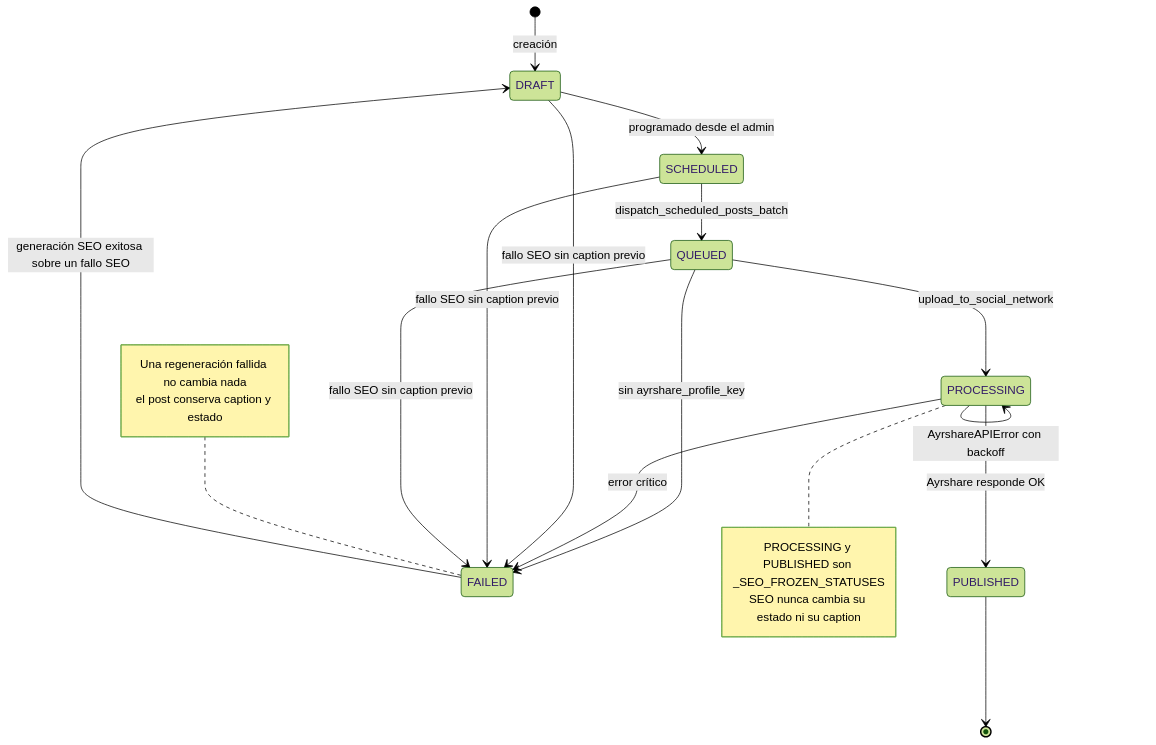
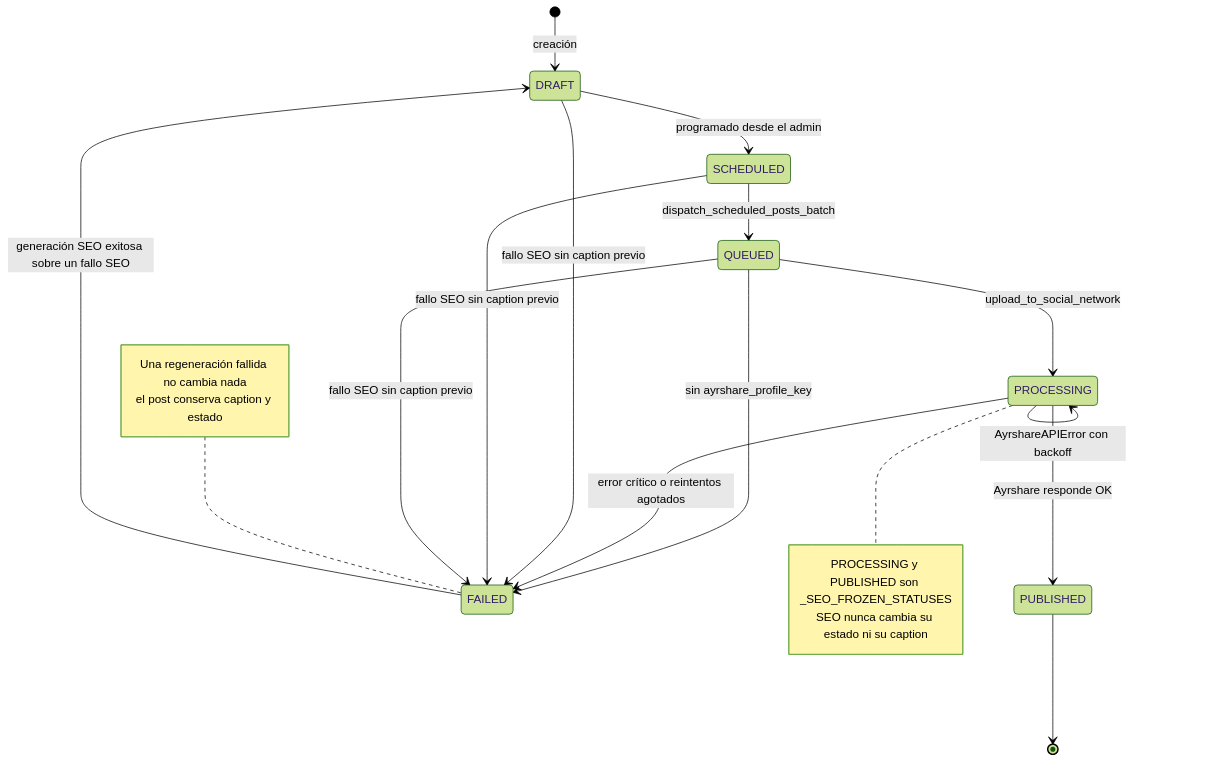
The first of 3 diagrams in documents/ia/05-seo-y-publicacion.md (RomeKai/videoeditUTN), drawn with Mermaid (forest theme) before and after one commit. The commit also changed other lines of this file and 12 other files, not shown here.

````diff
--- a/documents/ia/05-seo-y-publicacion.md
+++ b/documents/ia/05-seo-y-publicacion.md
@@ -23,24 +23,24 @@
 ```mermaid
 stateDiagram-v2
     [*] --> DRAFT : creación
     DRAFT --> SCHEDULED : programado desde el admin
     SCHEDULED --> QUEUED : dispatch_scheduled_posts_batch
     QUEUED --> PROCESSING : upload_to_social_network
     QUEUED --> FAILED : sin ayrshare_profile_key
     PROCESSING --> PROCESSING : AyrshareAPIError con backoff
     PROCESSING --> PUBLISHED : Ayrshare responde OK
-    PROCESSING --> FAILED : error crítico
+    PROCESSING --> FAILED : error crítico o reintentos agotados
     DRAFT --> FAILED : fallo SEO sin caption previo
     SCHEDULED --> FAILED : fallo SEO sin caption previo
     QUEUED --> FAILED : fallo SEO sin caption previo
     FAILED --> DRAFT : generación SEO exitosa sobre un fallo SEO
     PUBLISHED --> [*]
     note right of PROCESSING
         PROCESSING y PUBLISHED son _SEO_FROZEN_STATUSES
         SEO nunca cambia su estado ni su caption
     end note
     note left of FAILED
         Una regeneración fallida no cambia nada
         el post conserva caption y estado
     end note
 ```
````
